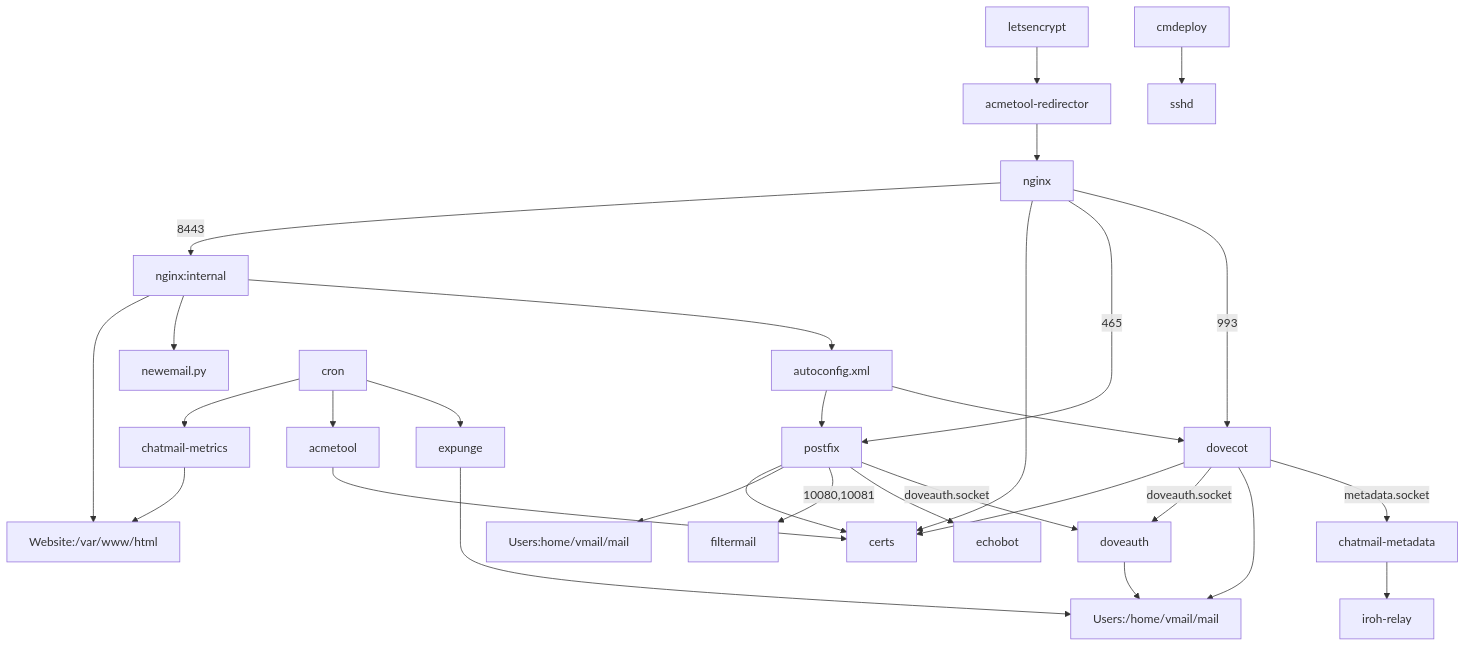
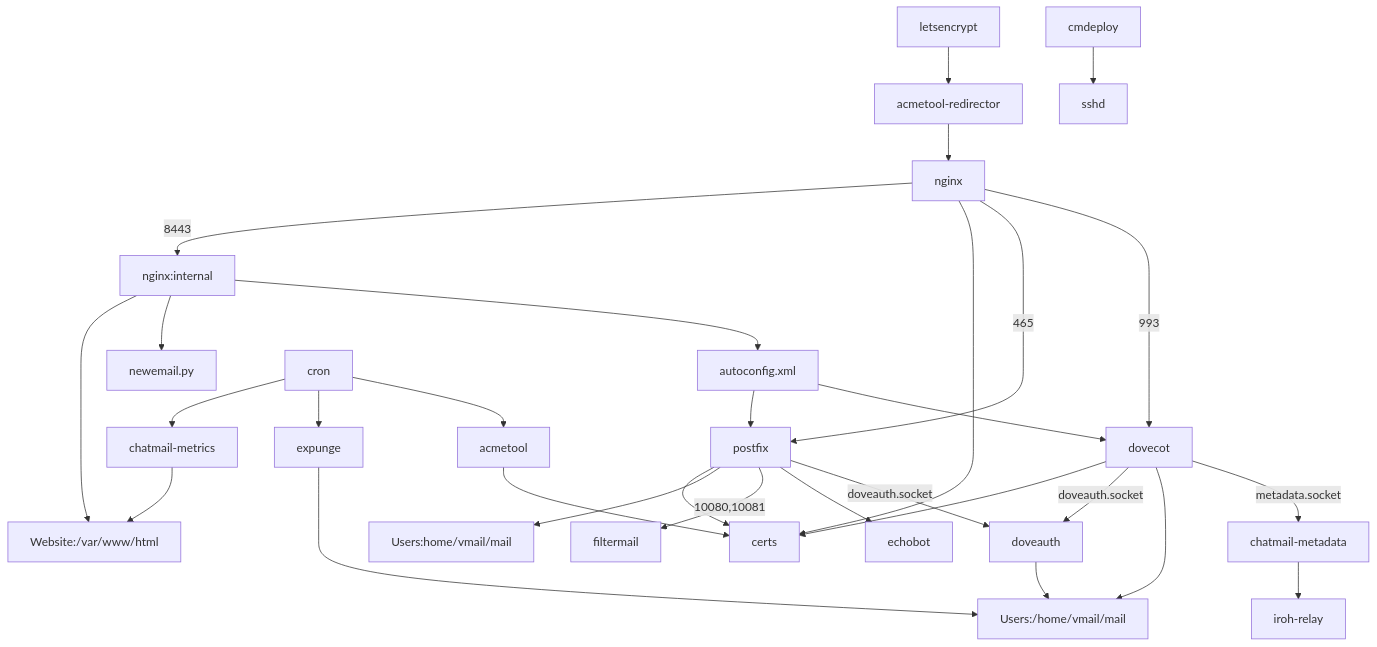
The diagram in ARCHITECTURE.md (cliffmccarthy/chatmail-relay), drawn with Mermaid before and after one commit. The commit also changed other lines of this file, not shown here.

````diff
--- a/ARCHITECTURE.md
+++ b/ARCHITECTURE.md
@@ -4,32 +4,32 @@
 ```mermaid
 graph TD;
     letsencrypt --> acmetool-redirector;
     acmetool-redirector --> nginx;
     nginx --> |8443|nginx:internal;
     nginx:internal --> Website:/var/www/html;
     nginx:internal --> newemail.py;
     nginx:internal --> autoconfig.xml;
     cron --> chatmail-metrics;
+    cron --> expunge;
     cron --> acmetool;
-    cron --> expunge;
     chatmail-metrics --> Website:/var/www/html;
     acmetool --> certs;
     nginx --> certs;
     nginx --> |465|postfix;
     nginx --> |993|dovecot;
     autoconfig.xml --> postfix;
     autoconfig.xml --> dovecot;
     postfix --> certs;
     postfix --> Users:home/vmail/mail;
     postfix --> |10080,10081|filtermail;
     postfix --> echobot;
     postfix --> |doveauth.socket|doveauth;
     dovecot --> certs;
     dovecot --> |doveauth.socket|doveauth;
     dovecot --> Users:/home/vmail/mail;
     dovecot --> |metadata.socket|chatmail-metadata;
     doveauth --> Users:/home/vmail/mail;
     expunge --> Users:/home/vmail/mail;
     chatmail-metadata --> iroh-relay;
     cmdeploy --> sshd;
 ```
````
